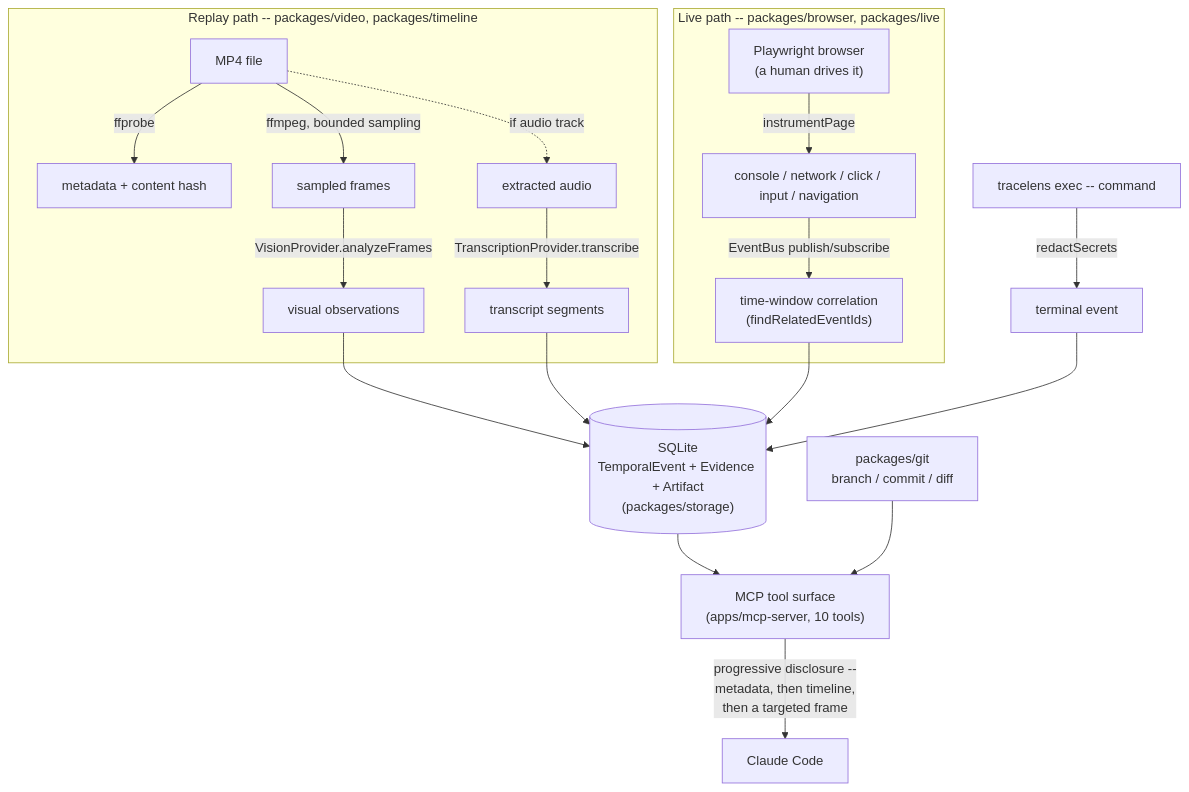
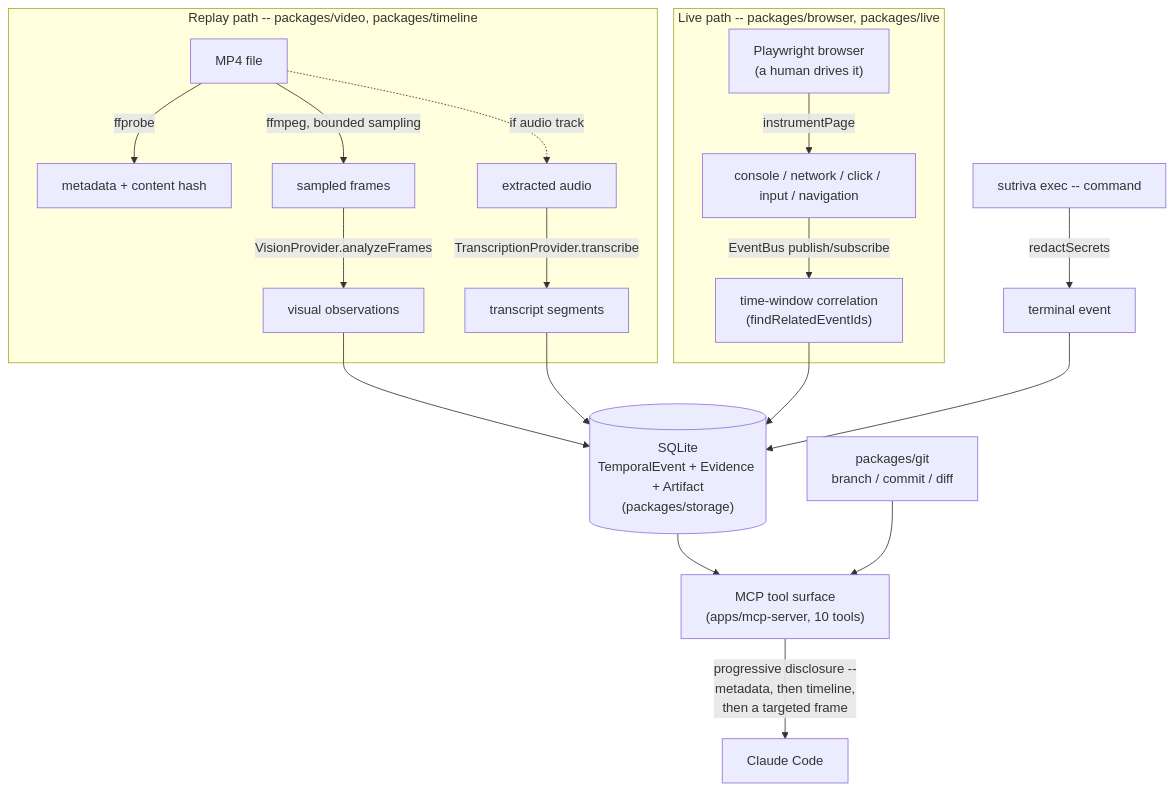
Before and after one commit to rathodpratham15/Sutriva: the diagram in docs/architecture.md, drawn with Mermaid. The commit also changed other lines of this file and 92 other files, not shown here.

````diff
--- a/docs/architecture.md
+++ b/docs/architecture.md
@@ -9,28 +9,28 @@
 ```mermaid
 flowchart TD
     subgraph Replay["Replay path -- packages/video, packages/timeline"]
         MP4["MP4 file"] -->|ffprobe| Meta["metadata + content hash"]
         MP4 -->|"ffmpeg, bounded sampling"| Frames["sampled frames"]
         Frames -->|VisionProvider.analyzeFrames| VisObs["visual observations"]
         MP4 -.->|if audio track| Audio["extracted audio"]
         Audio -->|TranscriptionProvider.transcribe| AudioObs["transcript segments"]
     end
 
     subgraph Live["Live path -- packages/browser, packages/live"]
         Browser["Playwright browser<br/>(a human drives it)"] -->|instrumentPage| Raw["console / network / click / input / navigation"]
         Raw -->|"EventBus publish/subscribe"| Correlate["time-window correlation<br/>(findRelatedEventIds)"]
     end
 
-    Terminal["tracelens exec -- command"] -->|redactSecrets| TermEvt["terminal event"]
+    Terminal["sutriva exec -- command"] -->|redactSecrets| TermEvt["terminal event"]
 
     VisObs --> Store
     AudioObs --> Store
     Correlate --> Store
     TermEvt --> Store
 
     Store[("SQLite<br/>TemporalEvent + Evidence + Artifact<br/>(packages/storage)")]
 
     Store --> MCP["MCP tool surface<br/>(apps/mcp-server, 10 tools)"]
     Git["packages/git<br/>branch / commit / diff"] --> MCP
     MCP -->|"progressive disclosure --<br/>metadata, then timeline,<br/>then a targeted frame"| Claude["Claude Code"]
 ```
````
